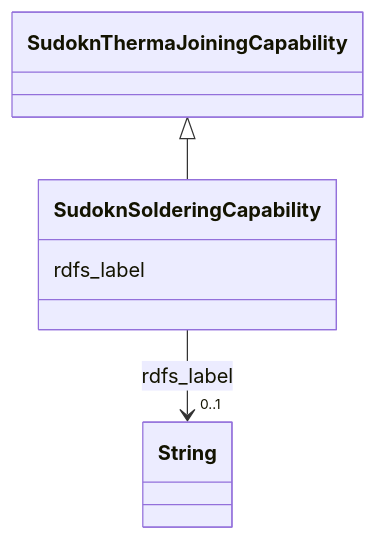
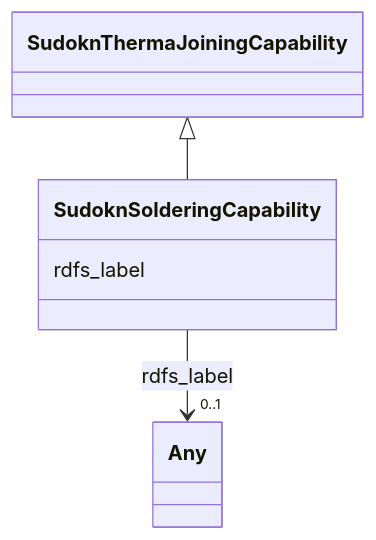
Before and after one commit to frink-okn/graph-descriptions: the diagram in sudokn-kg/classes/SudoknSolderingCapability.md, drawn with Mermaid. The commit also changed other lines of this file and 903 other files, not shown here.

````diff
--- a/sudokn-kg/classes/SudoknSolderingCapability.md
+++ b/sudokn-kg/classes/SudoknSolderingCapability.md
@@ -23,18 +18,18 @@
 ```mermaid
  classDiagram
     class SudoknSolderingCapability
     click SudoknSolderingCapability href "../SudoknSolderingCapability"
       SudoknThermaJoiningCapability <|-- SudoknSolderingCapability
         click SudoknThermaJoiningCapability href "../SudoknThermaJoiningCapability"
       
       SudoknSolderingCapability : rdfs_label
         
           
     
     
-    SudoknSolderingCapability --> "0..1" String : rdfs_label
-    click String href "../String"
+    SudoknSolderingCapability --> "0..1" Any : rdfs_label
+    click Any href "../Any"
 
         
       
 ```
````
